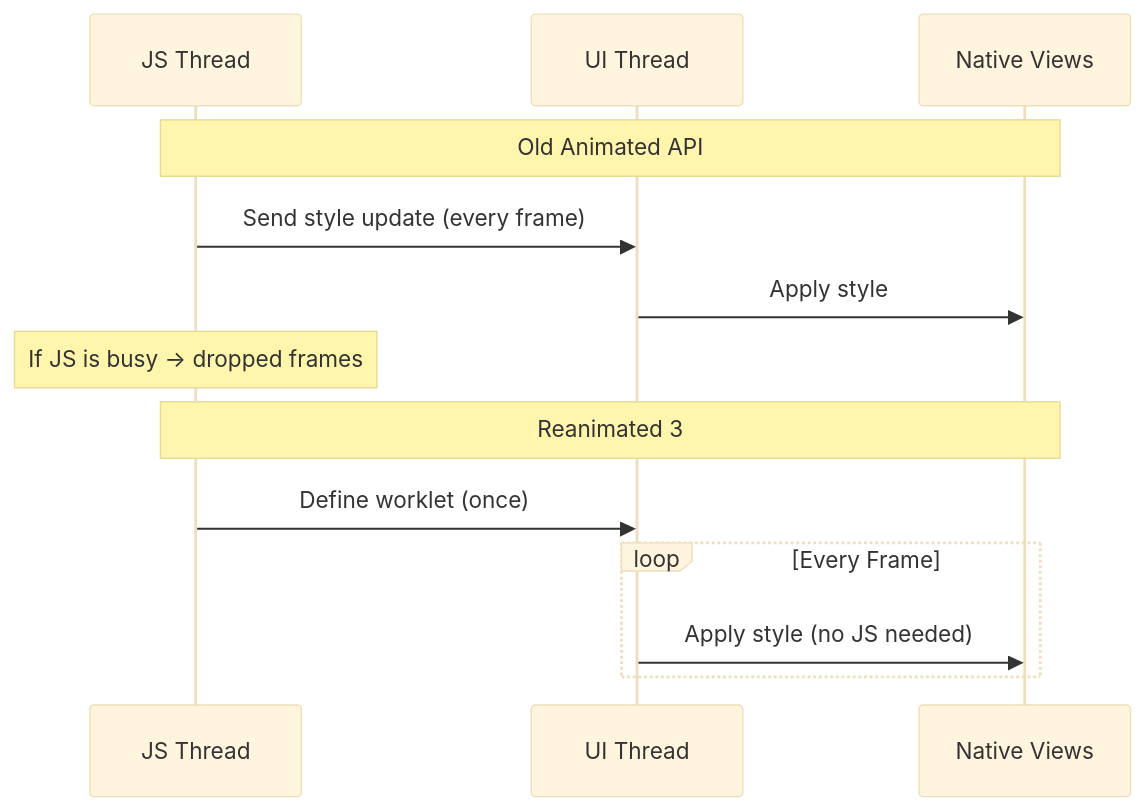
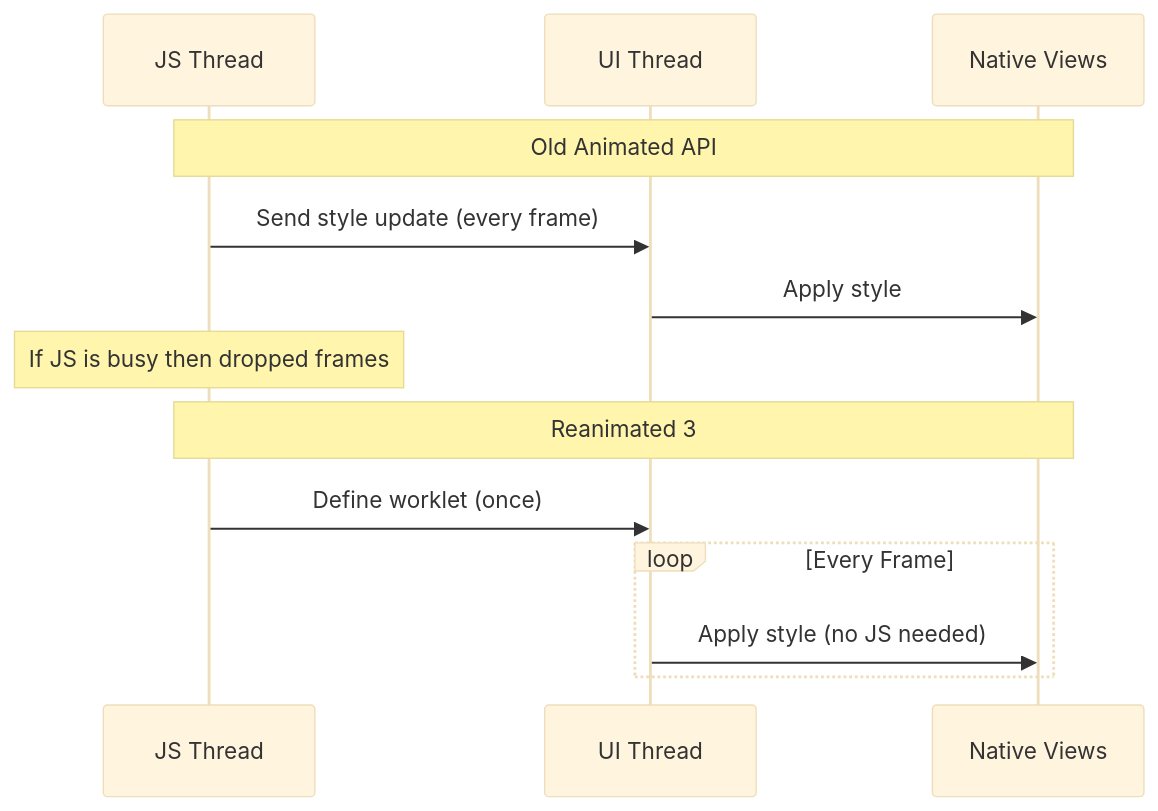
Before and after one commit to BabaScience/react-guides: the second of 6 diagrams in arguments/chapters/rn-12-animations-gestures.md, drawn with Mermaid (base theme). The commit also changed other lines of this file and 63 other files, not shown here.

First line of the commit message:
Enrich React Native roadmap with deeper content, visuals, and FR/IT translations

````diff
--- a/arguments/chapters/rn-12-animations-gestures.md
+++ b/arguments/chapters/rn-12-animations-gestures.md
@@ -26,17 +57,17 @@
 ```mermaid
 sequenceDiagram
     participant JS as JS Thread
     participant UI as UI Thread
     participant N as Native Views
 
     Note over JS,N: Old Animated API
     JS->>UI: Send style update (every frame)
     UI->>N: Apply style
-    Note over JS: If JS is busy → dropped frames
+    Note over JS: If JS is busy then dropped frames
 
     Note over JS,N: Reanimated 3
     JS->>UI: Define worklet (once)
     loop Every Frame
         UI->>N: Apply style (no JS needed)
     end
 ```
````
